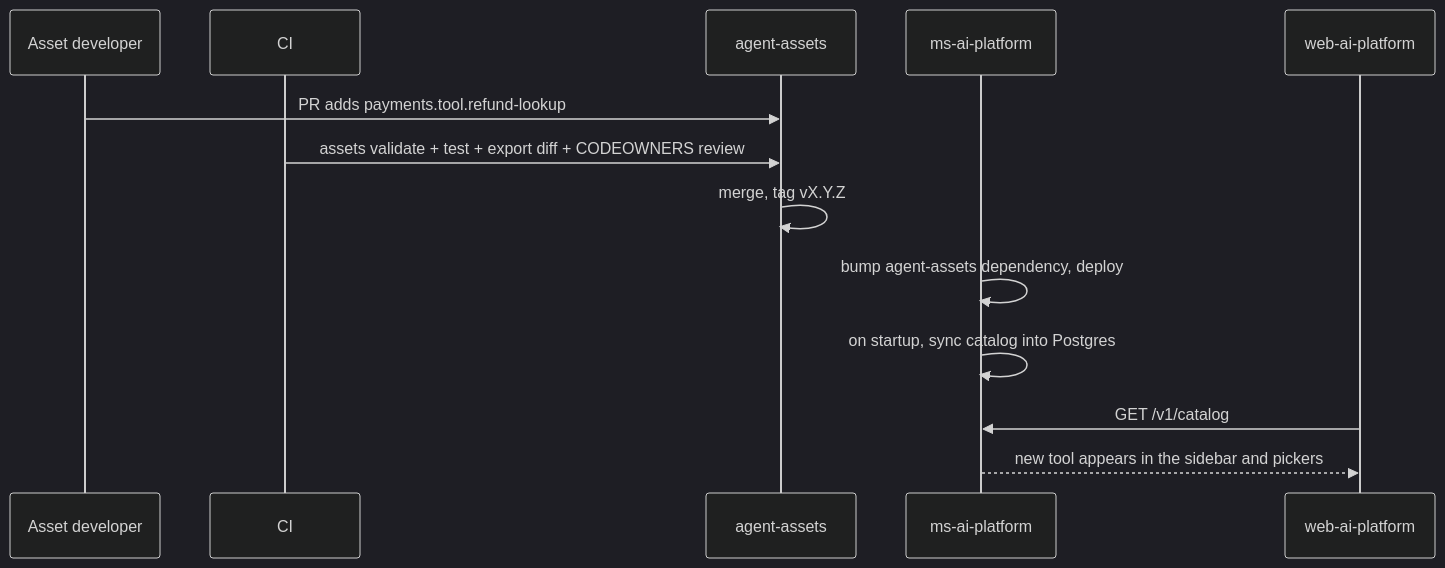
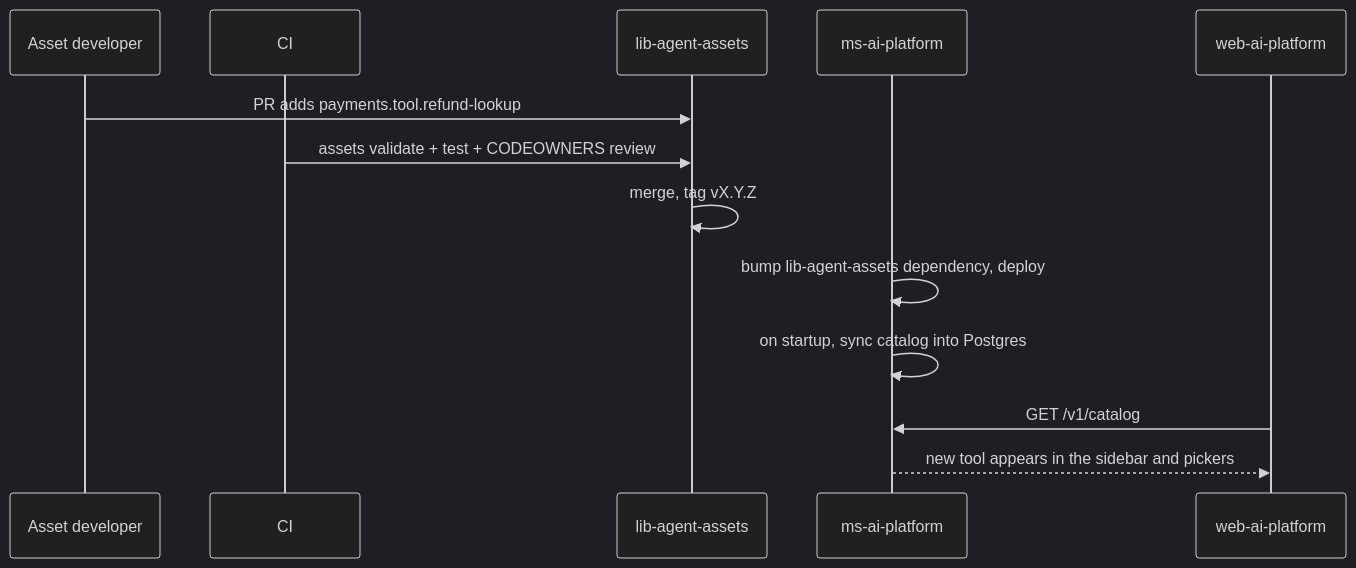
The second of 5 diagrams in ARCHITECTURE.md (andlaurentino/agentic-platform), drawn with Mermaid (dark theme) before and after one commit. The commit also changed other lines of this file and 109 other files, not shown here.

````diff
--- a/ARCHITECTURE.md
+++ b/ARCHITECTURE.md
@@ -236,15 +241,15 @@
 ```mermaid
 sequenceDiagram
     participant Dev as Asset developer
     participant CI as CI
-    participant AA as agent-assets
+    participant AA as lib-agent-assets
     participant P as ms-ai-platform
     participant UI as web-ai-platform
     Dev->>AA: PR adds payments.tool.refund-lookup
-    CI->>AA: assets validate + test + export diff + CODEOWNERS review
+    CI->>AA: assets validate + test + CODEOWNERS review
     AA->>AA: merge, tag vX.Y.Z
-    P->>P: bump agent-assets dependency, deploy
+    P->>P: bump lib-agent-assets dependency, deploy
     P->>P: on startup, sync catalog into Postgres
     UI->>P: GET /v1/catalog
     P-->>UI: new tool appears in the sidebar and pickers
 ```
````
